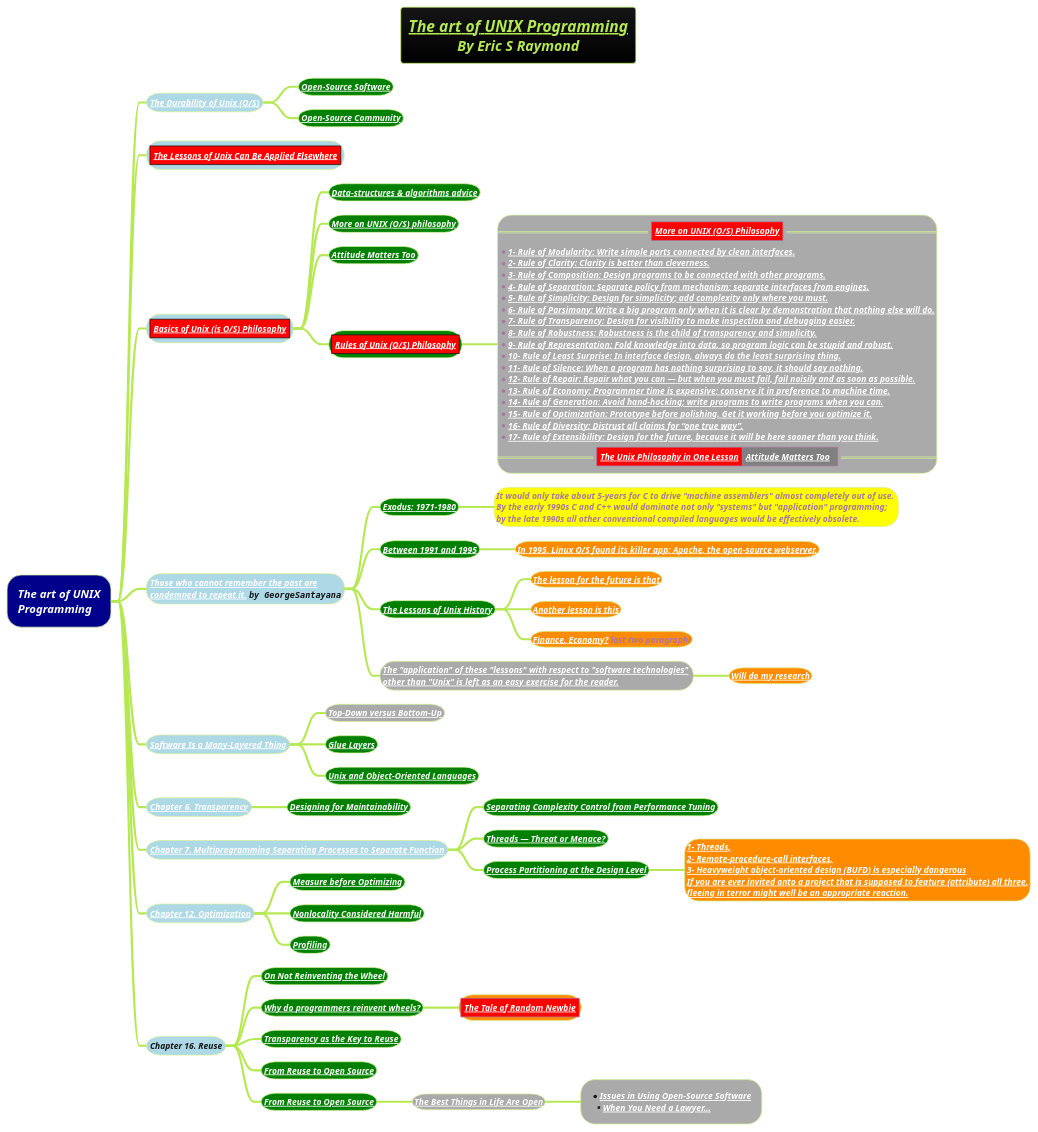
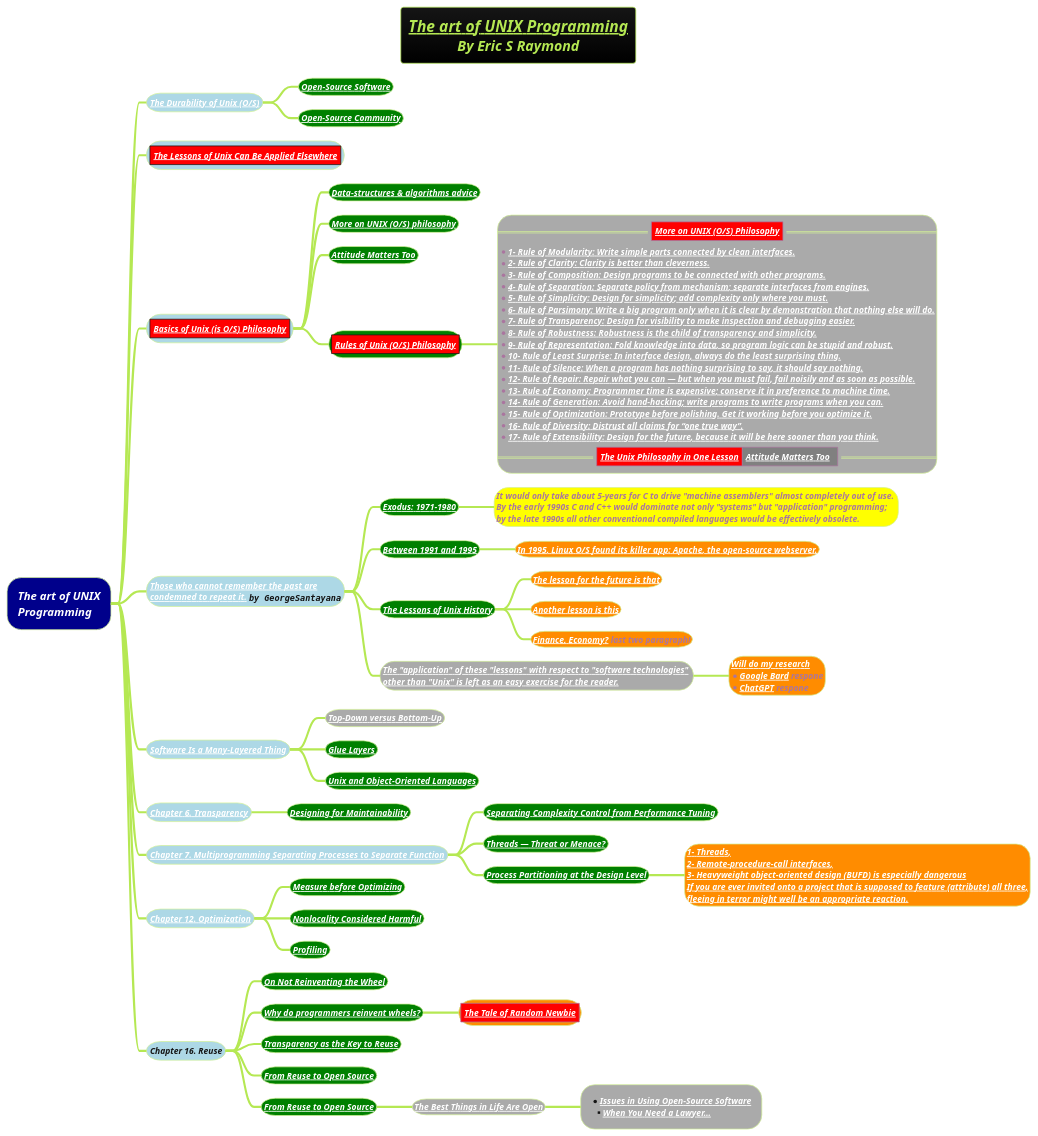
One commit to MehmoodHashmi/Documentation-as-Code-DaC changed the diagram in docs/3-programming-languages/Venkat-Subramaniam/The-art-of-UNIX-Programming.puml. Above: the diagram before and after it, drawn with PlantUML. The commit also changed 2 other files, not shown here.

```diff
--- a/docs/3-programming-languages/Venkat-Subramaniam/The-art-of-UNIX-Programming.puml
+++ b/docs/3-programming-languages/Venkat-Subramaniam/The-art-of-UNIX-Programming.puml
@@ -1,80 +1,80 @@
 @startmindmap
 title =<i><u><size:18>The art of UNIX Programming \n<i>By Eric S Raymond
 !theme hacker
 
 *[#darkblue] <color #white><i>The art of UNIX\n<color #white><i>Programming
 **[#lightblue] <i><size:12>[[docs/3-programming-languages/Venkat-Subramaniam/images/img_701.png The Durability of Unix (O/S)]]
 
 ***[#green] <size:12><color #white><i><b>[[docs/3-programming-languages/Venkat-Subramaniam/images/img_701.png Open-Source Software]]
 ***[#green] <size:12><color #white><i><b>[[docs/3-programming-languages/Venkat-Subramaniam/images/img_701.png Open-Source Community]]
 **[#lightblue] |<#red><i><size:12>[[docs/3-programming-languages/Venkat-Subramaniam/images/img_702.png The Lessons of Unix Can Be Applied Elsewhere]]|
 **[#lightblue] |<#red><i><size:12>[[docs/3-programming-languages/Venkat-Subramaniam/images/img_703.png Basics of Unix (is O/S) Philosophy]]|
 ***[#green] <size:12><color #white><i><b>[[docs/3-programming-languages/Venkat-Subramaniam/images/img_257.png Data-structures & algorithms advice]]
 ***[#green] <size:12><color #white><i><b>[[docs/3-programming-languages/Venkat-Subramaniam/images/img_707.drawio.png More on UNIX (O/S) philosophy]]
 ***[#green] <size:12><color #white><i><b>[[docs/3-programming-languages/Venkat-Subramaniam/images/img_285.png Attitude Matters Too]]
 
 ***[#green] |<#red><i><b><size:12>[[docs/3-programming-languages/Venkat-Subramaniam/images/img_257.png Rules of Unix (O/S) Philosophy]]|
 ****[#a]:==|<#red><size:12><color #white><i><b>[[docs/3-programming-languages/Venkat-Subramaniam/images/img_707.drawio.png More on UNIX (O/S) Philosophy]]|==
 *<size:12><color #white><i><b>[[docs/3-programming-languages/Venkat-Subramaniam/images/img_704.png 1- Rule of Modularity: Write simple parts connected by clean interfaces.]]
 *<size:12><color #white><i><b>[[docs/3-programming-languages/Venkat-Subramaniam/images/img_705.png 2- Rule of Clarity: Clarity is better than cleverness.]]
 *<size:12><color #white><i><b>[[docs/3-programming-languages/Venkat-Subramaniam/images/img_706.png 3- Rule of Composition: Design programs to be connected with other programs.]]
 *<size:12><color #white><i><b>[[docs/3-programming-languages/Venkat-Subramaniam/images/img_707.png 4- Rule of Separation: Separate policy from mechanism; separate interfaces from engines.]]
 *<size:12><color #white><i><b>[[docs/3-programming-languages/Venkat-Subramaniam/images/img_708.png 5- Rule of Simplicity: Design for simplicity; add complexity only where you must.]]
 *<size:12><color #white><i><b>[[docs/3-programming-languages/Venkat-Subramaniam/images/img_709.png 6- Rule of Parsimony: Write a big program only when it is clear by demonstration that nothing else will do.]]
 *<size:12><color #white><i><b>[[docs/3-programming-languages/Venkat-Subramaniam/images/img_710.png 7- Rule of Transparency: Design for visibility to make inspection and debugging easier.]]
 *<size:12><color #white><i><b>[[docs/3-programming-languages/Venkat-Subramaniam/images/img_711.png 8- Rule of Robustness: Robustness is the child of transparency and simplicity.]]
 *<size:12><color #white><i><b>[[docs/3-programming-languages/Venkat-Subramaniam/images/img_712.png 9- Rule of Representation: Fold knowledge into data, so program logic can be stupid and robust.]]
 *<size:12><color #white><i><b>[[docs/3-programming-languages/Venkat-Subramaniam/images/img_713.png 10- Rule of Least Surprise: In interface design, always do the least surprising thing.]]
 *<size:12><color #white><i><b>[[docs/3-programming-languages/Venkat-Subramaniam/images/img_714.png 11- Rule of Silence: When a program has nothing surprising to say, it should say nothing.]]
 *<size:12><color #white><i><b>[[docs/3-programming-languages/Venkat-Subramaniam/images/img_715.png 12- Rule of Repair: Repair what you can — but when you must fail, fail noisily and as soon as possible.]]
 *<size:12><color #white><i><b>[[docs/3-programming-languages/Venkat-Subramaniam/images/img_716.png 13- Rule of Economy: Programmer time is expensive; conserve it in preference to machine time.]]
 *<size:12><color #white><i><b>[[docs/3-programming-languages/Venkat-Subramaniam/images/img_717.png 14- Rule of Generation: Avoid hand-hacking; write programs to write programs when you can.]]
 *<size:12><color #white><i><b>[[docs/3-programming-languages/Venkat-Subramaniam/images/img_718.png 15- Rule of Optimization: Prototype before polishing. Get it working before you optimize it.]]
 *<size:12><color #white><i><b>[[docs/3-programming-languages/Venkat-Subramaniam/images/img_719.png 16- Rule of Diversity: Distrust all claims for “one true way”.]]
 *<size:12><color #white><i><b>[[docs/3-programming-languages/Venkat-Subramaniam/images/img_720.png 17- Rule of Extensibility: Design for the future, because it will be here sooner than you think.]]
 ==|<#red><size:12><color #white><i><b>[[docs/3-programming-languages/Venkat-Subramaniam/images/img_721.png The Unix Philosophy in One Lesson]]|<#grey><size:12><color #white><i><b>[[docs/3-programming-languages/Venkat-Subramaniam/images/img_285.png Attitude Matters Too]]  |==;
 
 **[#lightblue] <i><size:12>[[docs/3-programming-languages/Venkat-Subramaniam/images/img_701.png Those who cannot remember the past are]]\n<i><size:12>[[docs/3-programming-languages/Venkat-Subramaniam/images/img_701.png condemned to repeat it.]] ""by GeorgeSantayana""
 ***[#green] <b><i><size:12>[[docs/3-programming-languages/Venkat-Subramaniam/images/img_722.png Exodus: 1971–1980]]
 ****[#yellow] <b><i><size:12>It would only take about 5-years for C to drive "machine assemblers" almost completely out of use. \n<b><i><size:12>By the early 1990s C and C++ would dominate not only "systems" but "application" programming; \n<b><i><size:12>by the late 1990s all other conventional compiled languages would be effectively obsolete.
 
 ***[#green] <b><i><size:12>[[docs/3-programming-languages/Venkat-Subramaniam/images/img_722.png Between 1991 and 1995]]
 ****[#darkorange] <b><i><size:12>[[docs/3-programming-languages/Venkat-Subramaniam/images/img_722.png In 1995, Linux O/S found its killer app: Apache, the open-source webserver.]]
 ***[#green] <b><i><size:12>[[docs/3-programming-languages/Venkat-Subramaniam/images/img_722.png The Lessons of Unix History]]
 ****[#darkorange] <b><i><size:12>[[docs/3-programming-languages/Venkat-Subramaniam/images/img_722.png The lesson for the future is that]]
 ****[#darkorange] <b><i><size:12>[[docs/3-programming-languages/Venkat-Subramaniam/images/img_722.png Another lesson is this]]
 ****[#darkorange] <b><i><size:12>[[docs/3-programming-languages/Venkat-Subramaniam/images/img_722.png Finance, Economy?]] last two paragraph!
 ***[#a] <b><i><size:12>[[docs/3-programming-languages/Venkat-Subramaniam/images/img_722.png The "application" of these "lessons" with respect to "software technologies"]] \n<b><i><size:12>[[docs/3-programming-languages/Venkat-Subramaniam/images/img_722.png other than "Unix" is left as an easy exercise for the reader.]]
-****[#darkorange] <b><i><size:12>[[docs/3-programming-languages/Venkat-Subramaniam/images/img_722.png Will do my research]]
+****[#darkorange] <b><i><size:12>[[docs/3-programming-languages/Venkat-Subramaniam/images/img_722.png Will do my research]] \n*<b><i><size:12>[[docs/3-programming-languages/Venkat-Subramaniam/images/img_741.png Google Bard]] respone\n*<b><i><size:12>[[docs/3-programming-languages/Venkat-Subramaniam/images/img_742.png ChatGPT]] respone
 **[#lightblue] <i><size:12>[[docs/3-programming-languages/Venkat-Subramaniam/images/img_723.png Software Is a Many-Layered Thing]]
 ***[#a] <b><i><size:12>[[docs/3-programming-languages/Venkat-Subramaniam/images/img_723.png Top-Down versus Bottom-Up]]
 ***[#green] <b><i><size:12>[[docs/3-programming-languages/Venkat-Subramaniam/images/img_724.png Glue Layers]]
 ***[#green] <b><i><size:12>[[docs/3-programming-languages/Venkat-Subramaniam/images/img_724.png Unix and Object-Oriented Languages]]
 **[#lightblue] <i><size:12>[[docs/3-programming-languages/Venkat-Subramaniam/images/img_725.png Chapter 6. Transparency]]
 ***[#green] <b><i><size:12>[[docs/3-programming-languages/Venkat-Subramaniam/images/img_726.png Designing for Maintainability]]
 **[#lightblue] <i><size:12>[[docs/3-programming-languages/Venkat-Subramaniam/images/img_727.png Chapter 7. Multiprogramming Separating Processes to Separate Function]]
 ***[#green] <b><i><size:12>[[docs/3-programming-languages/Venkat-Subramaniam/images/img_728.png Separating Complexity Control from Performance Tuning]]
 ***[#green] <b><i><size:12>[[docs/3-programming-languages/Venkat-Subramaniam/images/img_729.png Threads — Threat or Menace?]]
 ***[#green] <b><i><size:12>[[docs/3-programming-languages/Venkat-Subramaniam/images/img_730.png Process Partitioning at the Design Level]]
 
 ****[#darkorange]:<b><i><size:12>[[docs/3-programming-languages/Venkat-Subramaniam/images/img_730.png 1- Threads,]]
 <b><i><size:12>[[docs/3-programming-languages/Venkat-Subramaniam/images/img_730.png 2- Remote-procedure-call interfaces,]]
 <b><i><size:12>[[docs/3-programming-languages/Venkat-Subramaniam/images/img_730.png 3- Heavyweight object-oriented design (BUFD) is especially dangerous]]
 <b><i><size:12>[[docs/3-programming-languages/Venkat-Subramaniam/images/img_730.png If you are ever invited onto a project that is supposed to feature (attribute) all three,]]
 <b><i><size:12>[[docs/3-programming-languages/Venkat-Subramaniam/images/img_730.png ﬂeeing in terror might well be an appropriate reaction.]];
 
 **[#lightblue] <i><size:12>[[docs/3-programming-languages/Venkat-Subramaniam/images/img_731.png Chapter 12. Optimization]]
 ***[#green] <b><i><size:12>[[docs/3-programming-languages/Venkat-Subramaniam/images/img_732.png Measure before Optimizing]]
 ***[#green] <b><i><size:12>[[docs/3-programming-languages/Venkat-Subramaniam/images/img_733.png Nonlocality Considered Harmful]]
 ***[#green] <b><i><size:12>[[docs/3-programming-languages/Venkat-Subramaniam/images/img_734.png Profiling]]
 **[#lightblue] <i><size:12>Chapter 16. Reuse
 ***[#green] <b><i><size:12>[[docs/3-programming-languages/Venkat-Subramaniam/images/img_735.png On Not Reinventing the Wheel]]
 ***[#green] <b><i><size:12>[[docs/3-programming-languages/Venkat-Subramaniam/images/img_736.png Why do programmers reinvent wheels?]]
 ****[#darkorange] |<#red><b><i><size:12>[[docs/3-programming-languages/Venkat-Subramaniam/images/img_736.png The Tale of Random Newbie]]|
 ***[#green] <b><i><size:12>[[docs/3-programming-languages/Venkat-Subramaniam/images/img_737.png Transparency as the Key to Reuse]]
 ***[#green] <b><i><size:12>[[docs/3-programming-languages/Venkat-Subramaniam/images/img_738.png From Reuse to Open Source]]
 ***[#green] <b><i><size:12>[[docs/3-programming-languages/Venkat-Subramaniam/images/img_738.png From Reuse to Open Source]]
 ****[#a] <b><i><size:12>[[docs/3-programming-languages/Venkat-Subramaniam/images/img_739.png The Best Things in Life Are Open]]
 *****[#a] *<b><i><size:12>[[docs/3-programming-languages/Venkat-Subramaniam/images/img_740.png Issues in Using Open-Source Software]] \n**<b><i><size:12>[[docs/3-programming-languages/Venkat-Subramaniam/images/img_740.png When You Need a Lawyer…]]
 
 @endmindmap
```
